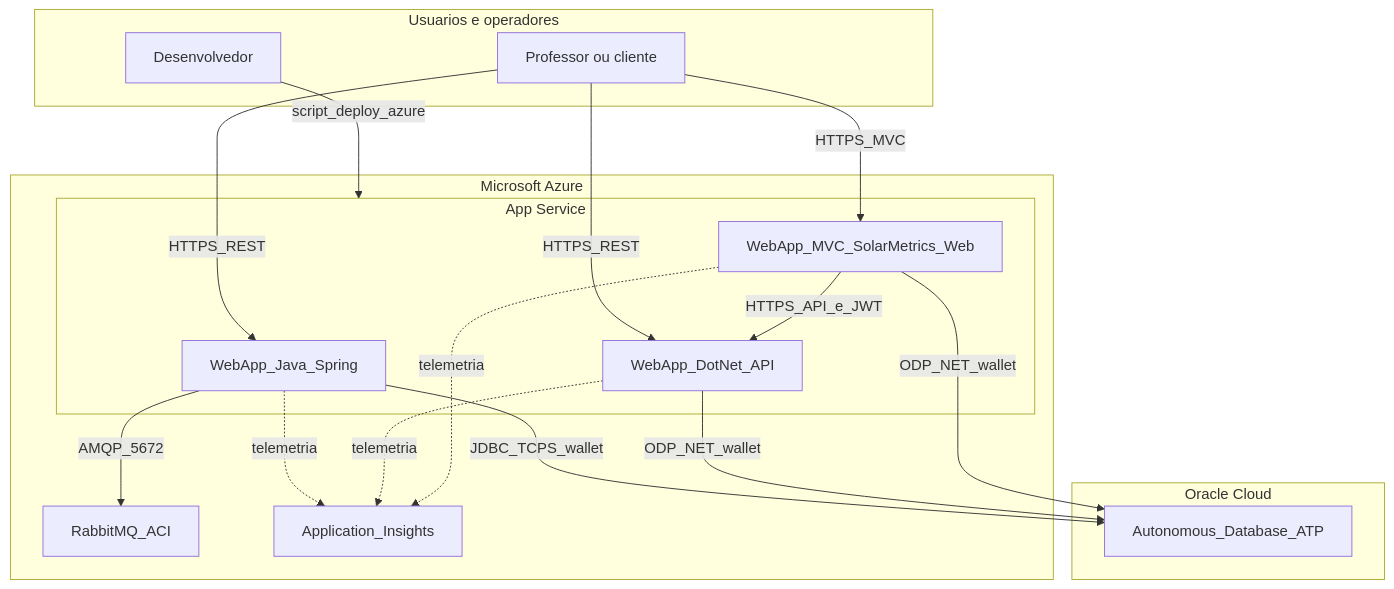
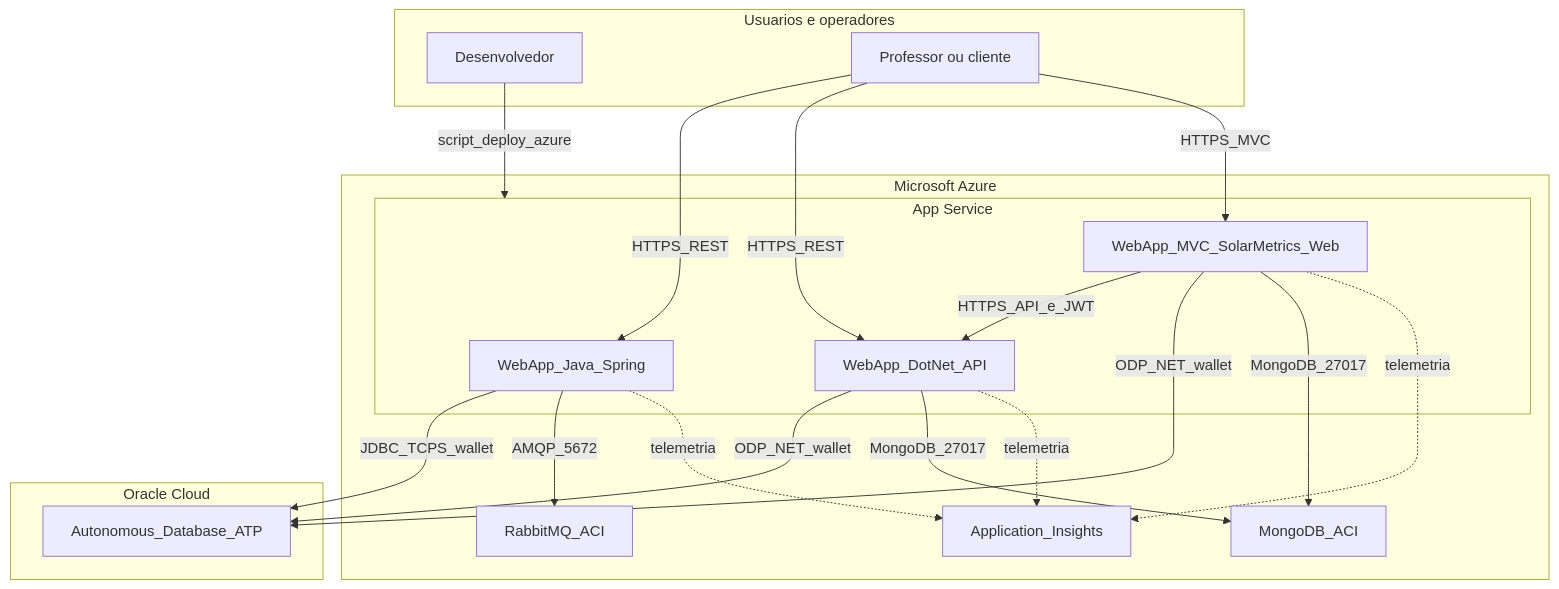
Before and after one commit to bmvck/SolarMetrics-DevOps: the diagram in docs/SOLUCAO-ARQUITETURA.md, drawn with Mermaid. The commit also changed other lines of this file and 4 other files, not shown here.

````diff
--- a/docs/SOLUCAO-ARQUITETURA.md
+++ b/docs/SOLUCAO-ARQUITETURA.md
@@ -18,31 +18,34 @@
 ```mermaid
 flowchart TB
   subgraph users [Usuarios e operadores]
     Dev[Desenvolvedor]
     Prof[Professor ou cliente]
   end
   subgraph azure [Microsoft Azure]
     subgraph apps [App Service]
       WaJ[WebApp_Java_Spring]
       WaN[WebApp_DotNet_API]
       WaW[WebApp_MVC_SolarMetrics_Web]
     end
     Aci[RabbitMQ_ACI]
+    MongoAci[MongoDB_ACI]
     Ai[Application_Insights]
   end
   subgraph oci [Oracle Cloud]
     Atp[Autonomous_Database_ATP]
   end
   Dev -->|script_deploy_azure| apps
   Prof -->|HTTPS_REST| WaJ
   Prof -->|HTTPS_REST| WaN
   Prof -->|HTTPS_MVC| WaW
   WaW -->|HTTPS_API_e_JWT| WaN
   WaJ -->|JDBC_TCPS_wallet| Atp
   WaN -->|ODP_NET_wallet| Atp
   WaW -->|ODP_NET_wallet| Atp
   WaJ -->|AMQP_5672| Aci
+  WaN -->|MongoDB_27017| MongoAci
+  WaW -->|MongoDB_27017| MongoAci
   WaJ -. telemetria .-> Ai
   WaN -. telemetria .-> Ai
   WaW -. telemetria .-> Ai
 ```
````
